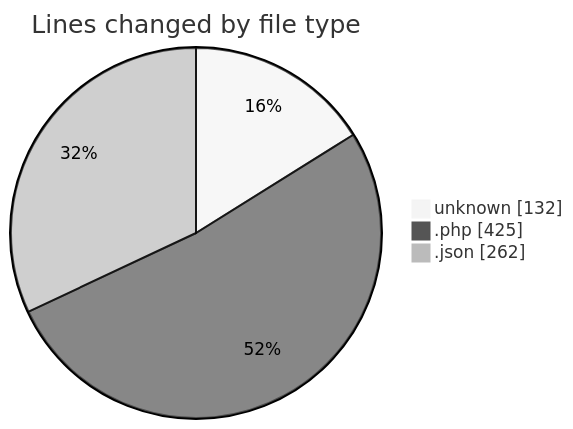
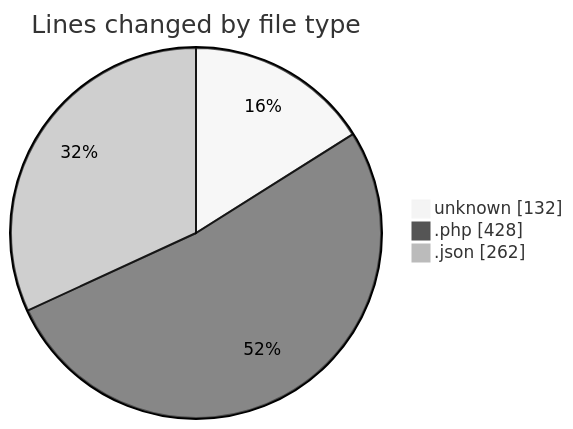
One commit to idhammustaqopulfikri/code-tracking changed the first of 2 diagrams in 2025-11-13/futsal-recommender/README.md. Above: the diagram before and after it, drawn with Mermaid (neutral theme). The commit also changed other lines of this file and 1 other file, not shown here.

````diff
--- a/2025-11-13/futsal-recommender/README.md
+++ b/2025-11-13/futsal-recommender/README.md
@@ -28,7 +28,7 @@
 ```mermaid
 pie showData
 title Lines changed by file type
 "unknown" : 132
-".php" : 425
+".php" : 428
 ".json" : 262
 ```
````
